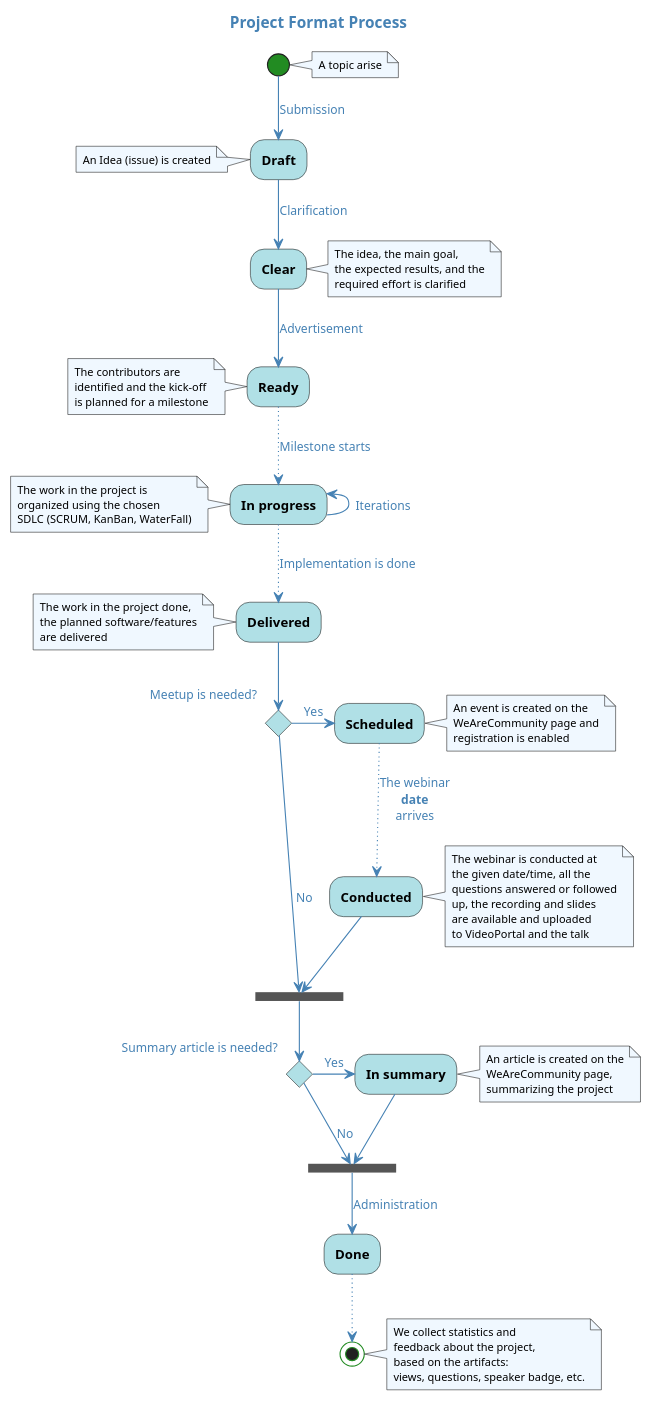
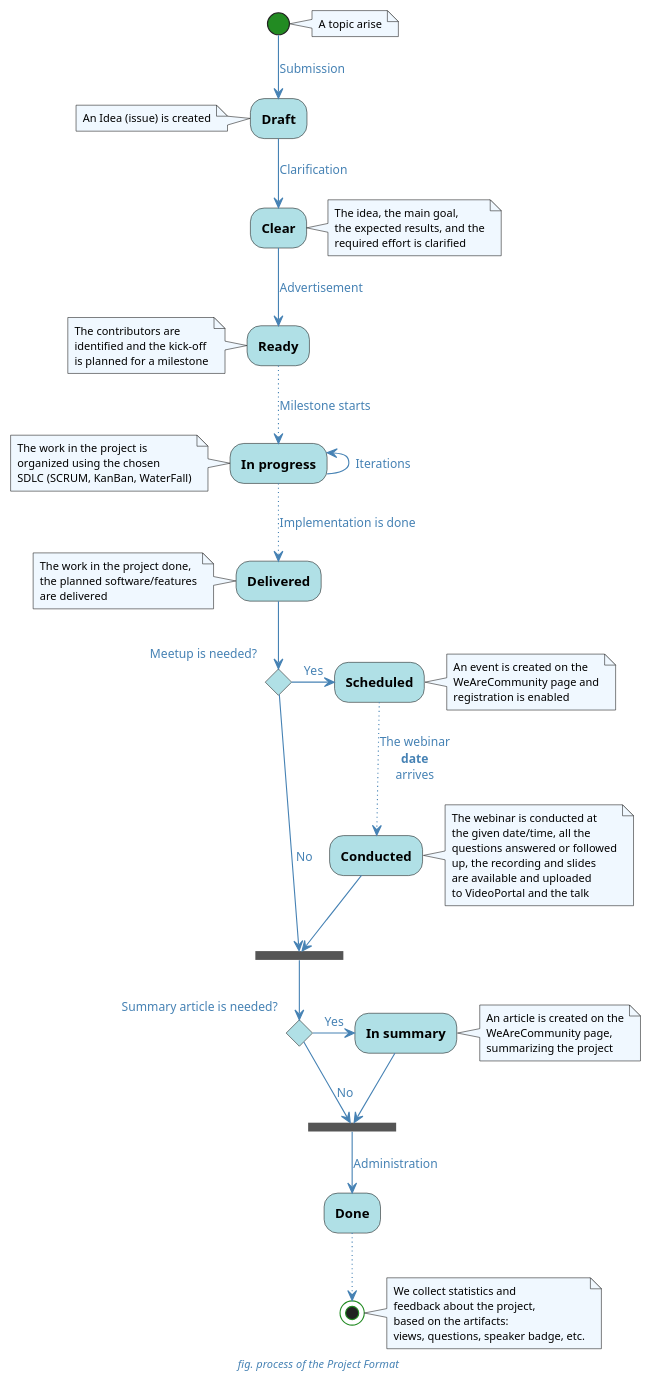
The diagram in docs/uml/format_project.puml (Idea-Pool/topics), drawn with PlantUML before and after one commit. The commit also changed 12 other files, not shown here.

Commit message:
Updated diagram titles/captions

```diff
--- a/docs/uml/format_project.puml
+++ b/docs/uml/format_project.puml
@@ -1,118 +1,123 @@
 @startuml
-
-title Project Format Process
 
 skinparam defaultFontName Ubuntu Light
 skinparam backgroundColor transparent
-skinparam titleFontColor SteelBlue
+
+skinparam caption {
+    FontColor SteelBlue
+    FontStyle italic
+    FontSize 10pt
+}
 
 skinparam activity {
     BackgroundColor PowderBlue
     StartColor ForestGreen
     EndColor ForestGreen
     FontStyle bold
 }
 
 skinparam arrow {
     Color SteelBlue
     FontColor SteelBlue
 }
 
 skinparam note {
     BackgroundColor AliceBlue
     FontSize 10
 }
+
+caption fig. process of the Project Format
 
 note right
     A topic arise
 end note
 
 (*) -->[Submission] Draft
 
 note left
     An Idea (issue) is created
 end note
 
 -->[Clarification] Clear
 
 note right
     The idea, the main goal,
     the expected results, and the
     required effort is clarified
 end note
 
 -->[Advertisement] Ready
 
 note left
     The contributors are
     identified and the kick-off
     is planned for a milestone
 end note
 
 ..>[Milestone starts] In progress
 -left->[Iterations] In progress
 
 note left
     The work in the project is
     organized using the chosen
     SDLC (SCRUM, KanBan, WaterFall)
 end note
 
 ..>[Implementation is done] Delivered
 
 note left
     The work in the project done,
     the planned software/features
     are delivered
 end note
 
 if "Meetup is needed?" then
     -right->[Yes] Scheduled
 
     note right
         An event is created on the
         WeAreCommunity page and
         registration is enabled
     end note
 
     ..>[The webinar\n**date**\narrives] Conducted
 
     note right
         The webinar is conducted at
         the given date/time, all the
         questions answered or followed
         up, the recording and slides
         are available and uploaded
         to VideoPortal and the talk
     end note
 
     --> === B1 ===
 else
     -->[No] === B1 ===
 endif
 
 if "Summary article is needed?" then
     -right->[Yes] In summary
 
     note right
         An article is created on the
         WeAreCommunity page,
         summarizing the project
     end note
 
     --> === B2 ===
 else
     -->[No] === B2 ===
 endif
 
 -->[Administration] Done
 ..> (*)
 
 note right
     We collect statistics and
     feedback about the project,
     based on the artifacts:
     views, questions, speaker badge, etc.
 end note
 
 @enduml
```
